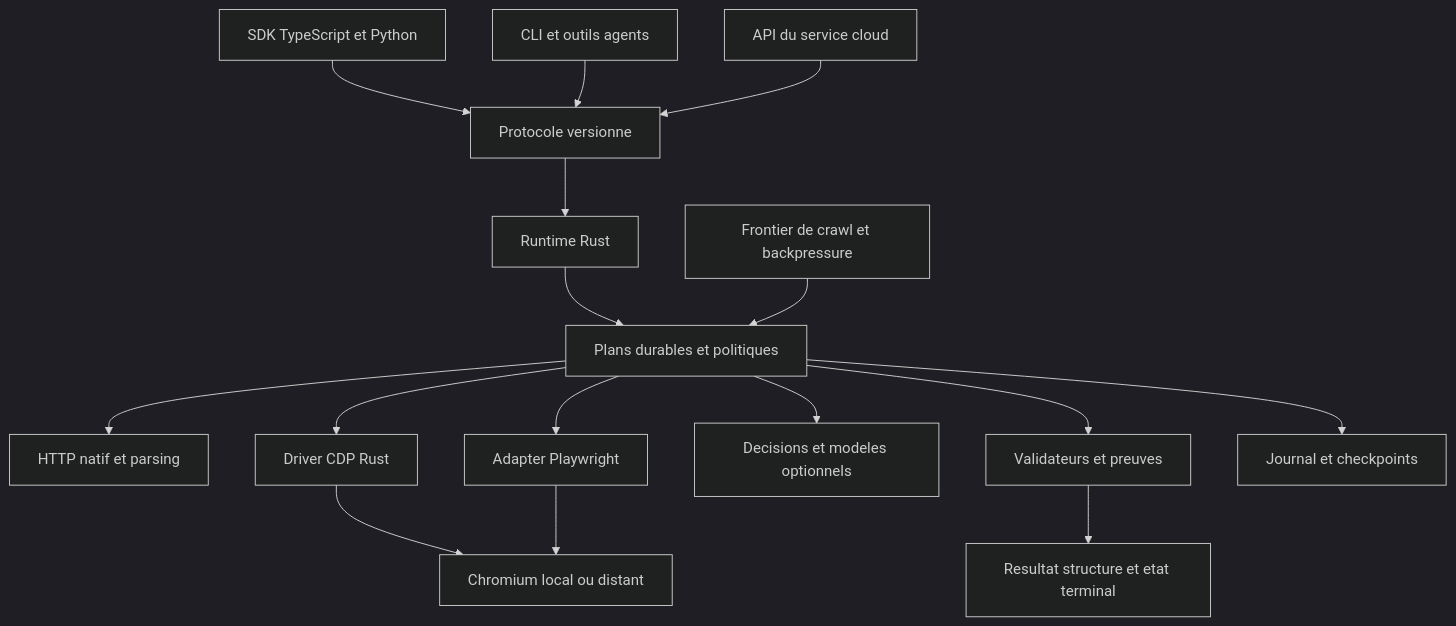
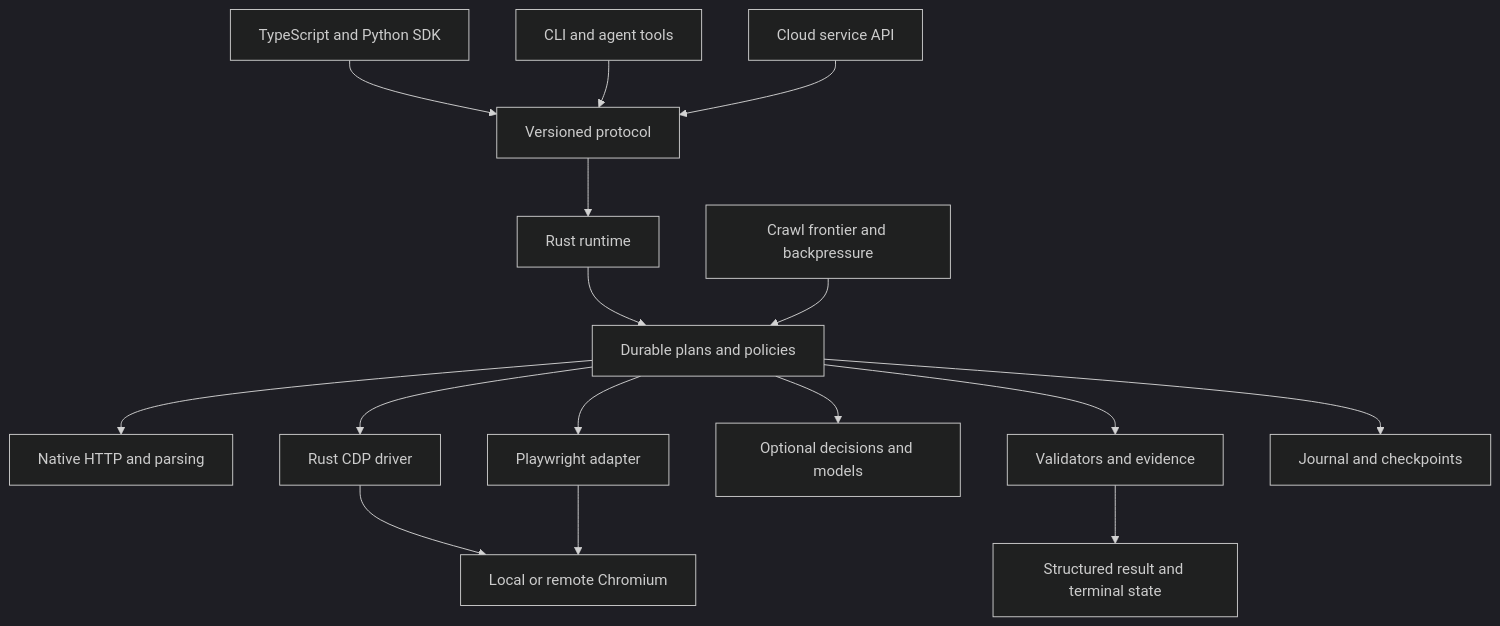
One commit to goodfetch/goodfetch changed the diagram in rnd/research/2026-10-07-direction-automan.md. Above: the diagram before and after it, drawn with Mermaid (dark theme). The commit also changed other lines of this file and 136 other files, not shown here.

````diff
--- a/rnd/research/2026-10-07-direction-automan.md
+++ b/rnd/research/2026-10-07-direction-automan.md
@@ -97,18 +97,18 @@
 ```mermaid
 flowchart TD
-    SDK[SDK TypeScript et Python] --> RPC[Protocole versionne]
-    CLI[CLI et outils agents] --> RPC
-    CLOUD[API du service cloud] --> RPC
-    RPC --> RUN[Runtime Rust]
-    RUN --> PLAN[Plans durables et politiques]
-    PLAN --> HTTP[HTTP natif et parsing]
-    PLAN --> WEB[Driver CDP Rust]
-    PLAN --> PW[Adapter Playwright]
-    PLAN --> AI[Decisions et modeles optionnels]
-    PLAN --> VERIFY[Validateurs et preuves]
-    PLAN --> STATE[Journal et checkpoints]
-    WEB --> CHROME[Chromium local ou distant]
+    SDK[TypeScript and Python SDK] --> RPC[Versioned protocol]
+    CLI[CLI and agent tools] --> RPC
+    CLOUD[Cloud service API] --> RPC
+    RPC --> RUN[Rust runtime]
+    RUN --> PLAN[Durable plans and policies]
+    PLAN --> HTTP[Native HTTP and parsing]
+    PLAN --> WEB[Rust CDP driver]
+    PLAN --> PW[Playwright adapter]
+    PLAN --> AI[Optional decisions and models]
+    PLAN --> VERIFY[Validators and evidence]
+    PLAN --> STATE[Journal and checkpoints]
+    WEB --> CHROME[Local or remote Chromium]
     PW --> CHROME
-    FRONTIER[Frontier de crawl et backpressure] --> PLAN
-    VERIFY --> OUT[Resultat structure et etat terminal]
+    FRONTIER[Crawl frontier and backpressure] --> PLAN
+    VERIFY --> OUT[Structured result and terminal state]
 ```
````
